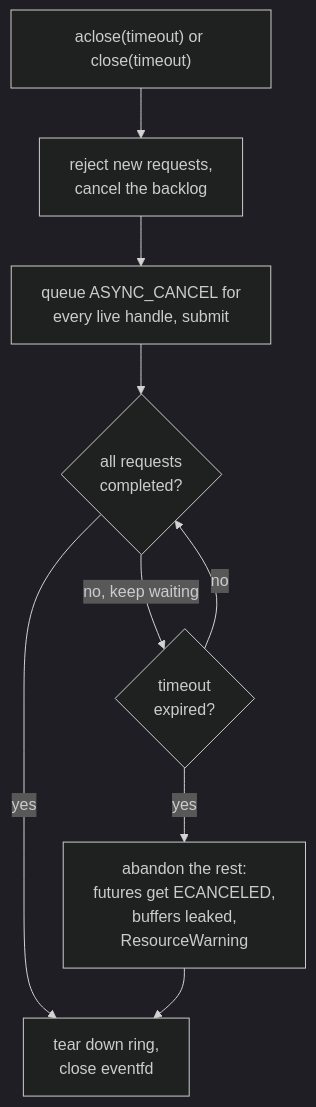
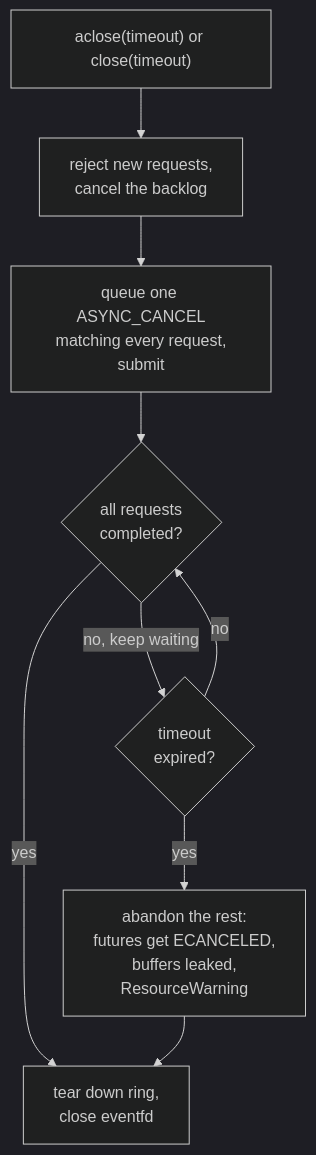
The fifth of 7 diagrams in docs/architecture.md (felipecruz/pyaio), drawn with Mermaid (dark theme) before and after one commit. The commit also changed other lines of this file and 12 other files, not shown here.

````diff
--- a/docs/architecture.md
+++ b/docs/architecture.md
@@ -140,11 +140,11 @@
 ```mermaid
 flowchart TD
     A["aclose(timeout) or close(timeout)"] --> B["reject new requests,<br/>cancel the backlog"]
-    B --> C["queue ASYNC_CANCEL for<br/>every live handle, submit"]
+    B --> C["queue one ASYNC_CANCEL<br/>matching every request,<br/>submit"]
     C --> D{"all requests<br/>completed?"}
     D -->|yes| F["tear down ring,<br/>close eventfd"]
     D -->|"no, keep waiting"| E{"timeout<br/>expired?"}
     E -->|no| D
     E -->|yes| G["abandon the rest:<br/>futures get ECANCELED,<br/>buffers leaked,<br/>ResourceWarning"]
     G --> F
 ```
````
